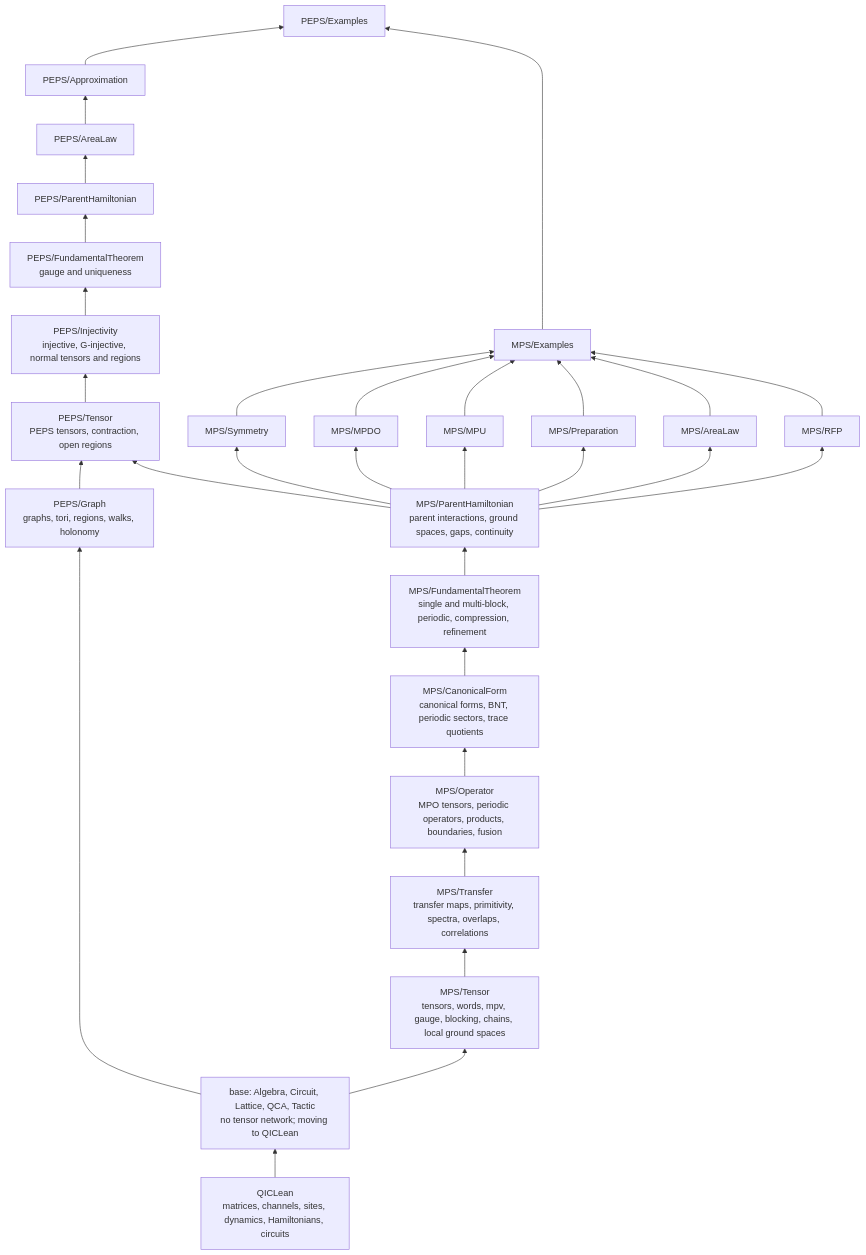
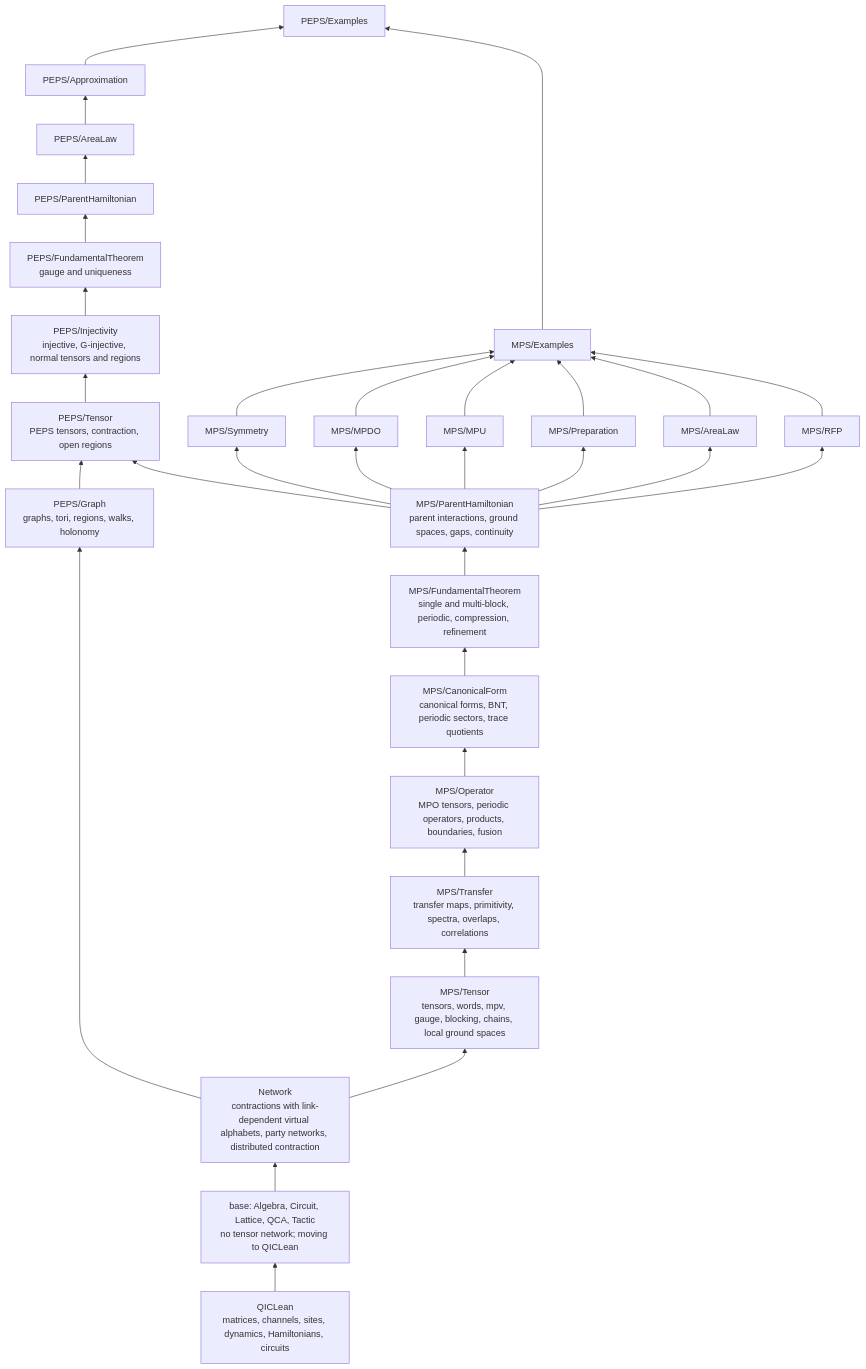
The diagram in docs/library_layers.md (LionSR/TNLean), drawn with Mermaid before and after one commit. The commit also changed other lines of this file and 126 other files, not shown here.

````diff
--- a/docs/library_layers.md
+++ b/docs/library_layers.md
@@ -88,42 +91,43 @@
 ```mermaid
 flowchart BT
   Q["QICLean<br/>matrices, channels, sites, dynamics, Hamiltonians, circuits"]
   B["base: Algebra, Circuit, Lattice, QCA, Tactic<br/>no tensor network; moving to QICLean"]
+  N["Network<br/>contractions with link-dependent virtual alphabets, party networks, distributed contraction"]
   T["MPS/Tensor<br/>tensors, words, mpv, gauge, blocking, chains, local ground spaces"]
   R["MPS/Transfer<br/>transfer maps, primitivity, spectra, overlaps, correlations"]
   O["MPS/Operator<br/>MPO tensors, periodic operators, products, boundaries, fusion"]
   C["MPS/CanonicalForm<br/>canonical forms, BNT, periodic sectors, trace quotients"]
   F["MPS/FundamentalTheorem<br/>single and multi-block, periodic, compression, refinement"]
   H["MPS/ParentHamiltonian<br/>parent interactions, ground spaces, gaps, continuity"]
   S["MPS/Symmetry"]
   D["MPS/MPDO"]
   U["MPS/MPU"]
   P["MPS/Preparation"]
   A["MPS/AreaLaw"]
   X["MPS/RFP"]
   E["MPS/Examples"]
   G["PEPS/Graph<br/>graphs, tori, regions, walks, holonomy"]
   PT["PEPS/Tensor<br/>PEPS tensors, contraction, open regions"]
   PI["PEPS/Injectivity<br/>injective, G-injective, normal tensors and regions"]
   PF["PEPS/FundamentalTheorem<br/>gauge and uniqueness"]
   PH["PEPS/ParentHamiltonian"]
   PA["PEPS/AreaLaw"]
   PP["PEPS/Approximation"]
   PE["PEPS/Examples"]
-  Q --> B --> T --> R --> O --> C --> F --> H
+  Q --> B --> N --> T --> R --> O --> C --> F --> H
   H --> S
   H --> D
   H --> U
   H --> P
   H --> A
   H --> X
   S --> E
   D --> E
   U --> E
   P --> E
   A --> E
   X --> E
-  B --> G --> PT --> PI --> PF --> PH --> PA --> PP --> PE
+  N --> G --> PT --> PI --> PF --> PH --> PA --> PP --> PE
   H --> PT
   E --> PE
 ```
````
